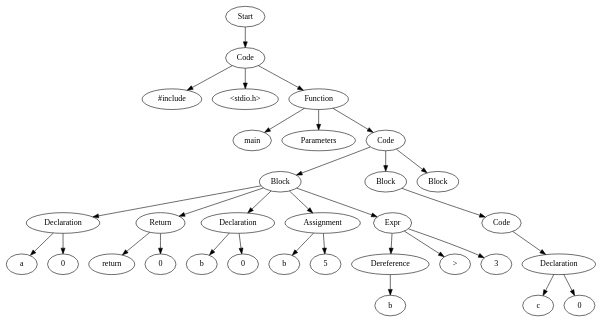
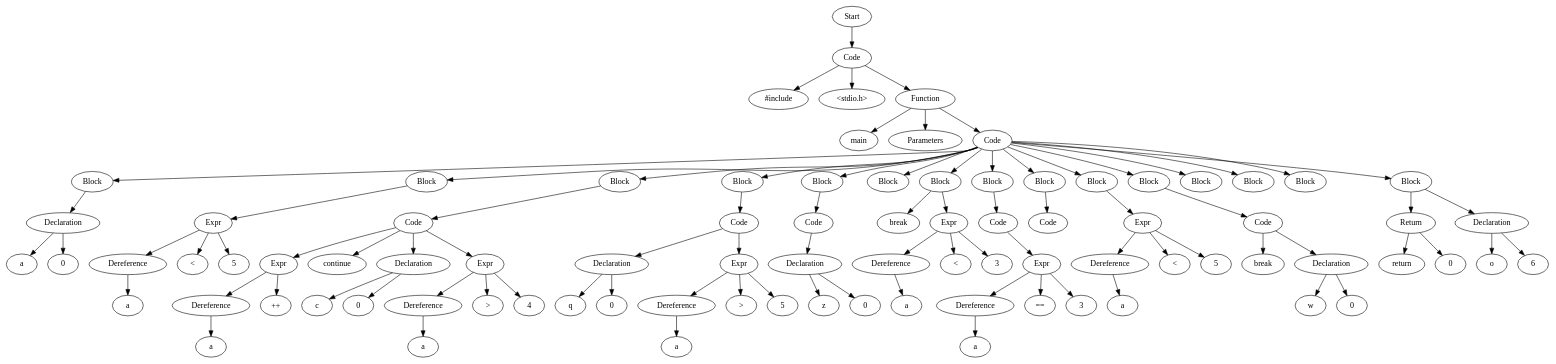
The diagram in TestCases/ASTTests/DeadCodeRemoveTests/CreateTests/read_file_before.dot (Are-you-listening/Compilers), drawn with Graphviz before and after one commit. The commit also changed 88 other files, not shown here.

```diff
--- a/TestCases/ASTTests/DeadCodeRemoveTests/CreateTests/read_file_before.dot
+++ b/TestCases/ASTTests/DeadCodeRemoveTests/CreateTests/read_file_before.dot
@@ -1,65 +1,175 @@
 digraph AST {
-  "128413390847712" [label="Start"];
-  "128413390847712" -> "128413390844976";
-  "128413390844976" [label="Code"];
-  "128413390844976" -> "128413390835760";
-  "128413390844976" -> "128413391063792";
-  "128413390844976" -> "128413390846704";
-  "128413390835760" [label="#include"];
-  "128413391063792" [label="<stdio.h>"];
-  "128413390846704" [label="Function"];
-  "128413390846704" -> "128413391061920";
-  "128413390846704" -> "128413391075936";
-  "128413390846704" -> "128413391076320";
-  "128413391061920" [label="main"];
-  "128413391075936" [label="Parameters"];
-  "128413391076320" [label="Code"];
-  "128413391076320" -> "128413391073440";
-  "128413391076320" -> "128413391066672";
-  "128413391076320" -> "128413391062736";
-  "128413391073440" [label="Block"];
-  "128413391073440" -> "128413391071952";
-  "128413391073440" -> "128413391069744";
-  "128413391073440" -> "128413391065088";
-  "128413391073440" -> "128413391064224";
-  "128413391073440" -> "128413391072048";
-  "128413391071952" [label="Declaration"];
-  "128413391071952" -> "128413391070608";
-  "128413391071952" -> "128413391065712";
-  "128413391070608" [label="a"];
-  "128413391065712" [label="0"];
-  "128413391069744" [label="Return"];
-  "128413391069744" -> "128413391061680";
-  "128413391069744" -> "128413391075792";
-  "128413391061680" [label="return"];
-  "128413391075792" [label="0"];
-  "128413391065088" [label="Declaration"];
-  "128413391065088" -> "128413391071856";
-  "128413391065088" -> "128413391064752";
-  "128413391071856" [label="b"];
-  "128413391064752" [label="0"];
-  "128413391064224" [label="Assignment"];
-  "128413391064224" -> "128413391076512";
-  "128413391064224" -> "128413391064944";
-  "128413391076512" [label="b"];
-  "128413391064944" [label="5"];
-  "128413391072048" [label="Expr"];
-  "128413391072048" -> "128413391065376";
-  "128413391072048" -> "128413391064800";
-  "128413391072048" -> "128413391073488";
-  "128413391065376" [label="Dereference"];
-  "128413391065376" -> "128413391061056";
-  "128413391061056" [label="b"];
-  "128413391064800" [label=">"];
-  "128413391073488" [label="3"];
-  "128413391066672" [label="Block"];
-  "128413391066672" -> "128413391067536";
-  "128413391067536" [label="Code"];
-  "128413391067536" -> "128413391062112";
-  "128413391062112" [label="Declaration"];
-  "128413391062112" -> "128413391063264";
-  "128413391062112" -> "128413391075744";
-  "128413391063264" [label="c"];
-  "128413391075744" [label="0"];
-  "128413391062736" [label="Block"];
+  "124269171247856" [label="Start"];
+  "124269171247856" -> "124269171254864";
+  "124269171254864" [label="Code"];
+  "124269171254864" -> "124269171253088";
+  "124269171254864" -> "124269171255824";
+  "124269171254864" -> "124269171252416";
+  "124269171253088" [label="#include"];
+  "124269171255824" [label="<stdio.h>"];
+  "124269171252416" [label="Function"];
+  "124269171252416" -> "124269171250448";
+  "124269171252416" -> "124269171259136";
+  "124269171252416" -> "124269171259328";
+  "124269171250448" [label="main"];
+  "124269171259136" [label="Parameters"];
+  "124269171259328" [label="Code"];
+  "124269171259328" -> "124269169338128";
+  "124269171259328" -> "124269169337408";
+  "124269171259328" -> "124269169337840";
+  "124269171259328" -> "124269169331936";
+  "124269171259328" -> "124269169333136";
+  "124269171259328" -> "124269169331840";
+  "124269171259328" -> "124269169330448";
+  "124269171259328" -> "124269169335872";
+  "124269171259328" -> "124269169335200";
+  "124269171259328" -> "124269169334960";
+  "124269171259328" -> "124269169335008";
+  "124269171259328" -> "124269169335056";
+  "124269171259328" -> "124269169335824";
+  "124269171259328" -> "124269169336496";
+  "124269171259328" -> "124269169337888";
+  "124269169338128" [label="Block"];
+  "124269169338128" -> "124269171249008";
+  "124269171249008" [label="Declaration"];
+  "124269171249008" -> "124269171254432";
+  "124269171249008" -> "124269171254480";
+  "124269171254432" [label="a"];
+  "124269171254480" [label="0"];
+  "124269169337408" [label="Block"];
+  "124269169337408" -> "124269171256016";
+  "124269171256016" [label="Expr"];
+  "124269171256016" -> "124269169331360";
+  "124269171256016" -> "124269171252272";
+  "124269171256016" -> "124269171261200";
+  "124269169331360" [label="Dereference"];
+  "124269169331360" -> "124269171258560";
+  "124269171258560" [label="a"];
+  "124269171252272" [label="<"];
+  "124269171261200" [label="5"];
+  "124269169337840" [label="Block"];
+  "124269169337840" -> "124269171251984";
+  "124269171251984" [label="Code"];
+  "124269171251984" -> "124269171255968";
+  "124269171251984" -> "124269171251696";
+  "124269171251984" -> "124269171245696";
+  "124269171251984" -> "124269171259424";
+  "124269171255968" [label="Expr"];
+  "124269171255968" -> "124269169332032";
+  "124269171255968" -> "124269171259280";
+  "124269169332032" [label="Dereference"];
+  "124269169332032" -> "124269171254384";
+  "124269171254384" [label="a"];
+  "124269171259280" [label="++"];
+  "124269171251696" [label="continue"];
+  "124269171245696" [label="Declaration"];
+  "124269171245696" -> "124269171247088";
+  "124269171245696" -> "124269171251072";
+  "124269171247088" [label="c"];
+  "124269171251072" [label="0"];
+  "124269171259424" [label="Expr"];
+  "124269171259424" -> "124269169330160";
+  "124269171259424" -> "124269171257264";
+  "124269171259424" -> "124269171250016";
+  "124269169330160" [label="Dereference"];
+  "124269169330160" -> "124269171257888";
+  "124269171257888" [label="a"];
+  "124269171257264" [label=">"];
+  "124269171250016" [label="4"];
+  "124269169331936" [label="Block"];
+  "124269169331936" -> "124269171258176";
+  "124269171258176" [label="Code"];
+  "124269171258176" -> "124269171255200";
+  "124269171258176" -> "124269171257936";
+  "124269171255200" [label="Declaration"];
+  "124269171255200" -> "124269171260960";
+  "124269171255200" -> "124269171260384";
+  "124269171260960" [label="q"];
+  "124269171260384" [label="0"];
+  "124269171257936" [label="Expr"];
+  "124269171257936" -> "124269169328624";
+  "124269171257936" -> "124269171257408";
+  "124269171257936" -> "124269171257072";
+  "124269169328624" [label="Dereference"];
+  "124269169328624" -> "124269171257696";
+  "124269171257696" [label="a"];
+  "124269171257408" [label=">"];
+  "124269171257072" [label="5"];
+  "124269169333136" [label="Block"];
+  "124269169333136" -> "124269171256544";
+  "124269171256544" [label="Code"];
+  "124269171256544" -> "124269171254576";
+  "124269171254576" [label="Declaration"];
+  "124269171254576" -> "124269169328192";
+  "124269171254576" -> "124269169328432";
+  "124269169328192" [label="z"];
+  "124269169328432" [label="0"];
+  "124269169331840" [label="Block"];
+  "124269169330448" [label="Block"];
+  "124269169330448" -> "124269171258992";
+  "124269169330448" -> "124269169328576";
+  "124269171258992" [label="break"];
+  "124269169328576" [label="Expr"];
+  "124269169328576" -> "124269169330640";
+  "124269169328576" -> "124269169328768";
+  "124269169328576" -> "124269169329008";
+  "124269169330640" [label="Dereference"];
+  "124269169330640" -> "124269169328816";
+  "124269169328816" [label="a"];
+  "124269169328768" [label="<"];
+  "124269169329008" [label="3"];
+  "124269169335872" [label="Block"];
+  "124269169335872" -> "124269169329056";
+  "124269169329056" [label="Code"];
+  "124269169329056" -> "124269169329344";
+  "124269169329344" [label="Expr"];
+  "124269169329344" -> "124269169330592";
+  "124269169329344" -> "124269169329536";
+  "124269169329344" -> "124269169329776";
+  "124269169330592" [label="Dereference"];
+  "124269169330592" -> "124269169329584";
+  "124269169329584" [label="a"];
+  "124269169329536" [label="=="];
+  "124269169329776" [label="3"];
+  "124269169335200" [label="Block"];
+  "124269169335200" -> "124269169329824";
+  "124269169329824" [label="Code"];
+  "124269169334960" [label="Block"];
+  "124269169334960" -> "124269169330256";
+  "124269169330256" [label="Expr"];
+  "124269169330256" -> "124269169331120";
+  "124269169330256" -> "124269169330496";
+  "124269169330256" -> "124269169330736";
+  "124269169331120" [label="Dereference"];
+  "124269169331120" -> "124269169330544";
+  "124269169330544" [label="a"];
+  "124269169330496" [label="<"];
+  "124269169330736" [label="5"];
+  "124269169335008" [label="Block"];
+  "124269169335008" -> "124269169330400";
+  "124269169330400" [label="Code"];
+  "124269169330400" -> "124269169330832";
+  "124269169330400" -> "124269169331072";
+  "124269169330832" [label="break"];
+  "124269169331072" [label="Declaration"];
+  "124269169331072" -> "124269169331312";
+  "124269169331072" -> "124269169331552";
+  "124269169331312" [label="w"];
+  "124269169331552" [label="0"];
+  "124269169335056" [label="Block"];
+  "124269169335824" [label="Block"];
+  "124269169336496" [label="Block"];
+  "124269169337888" [label="Block"];
+  "124269169337888" -> "124269169328480";
+  "124269169337888" -> "124269169331744";
+  "124269169328480" [label="Return"];
+  "124269169328480" -> "124269169330016";
+  "124269169328480" -> "124269169331648";
+  "124269169330016" [label="return"];
+  "124269169331648" [label="0"];
+  "124269169331744" [label="Declaration"];
+  "124269169331744" -> "124269169331984";
+  "124269169331744" -> "124269169332224";
+  "124269169331984" [label="o"];
+  "124269169332224" [label="6"];
 }
```
